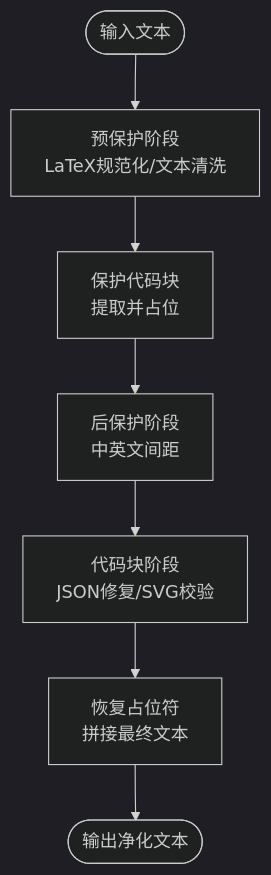
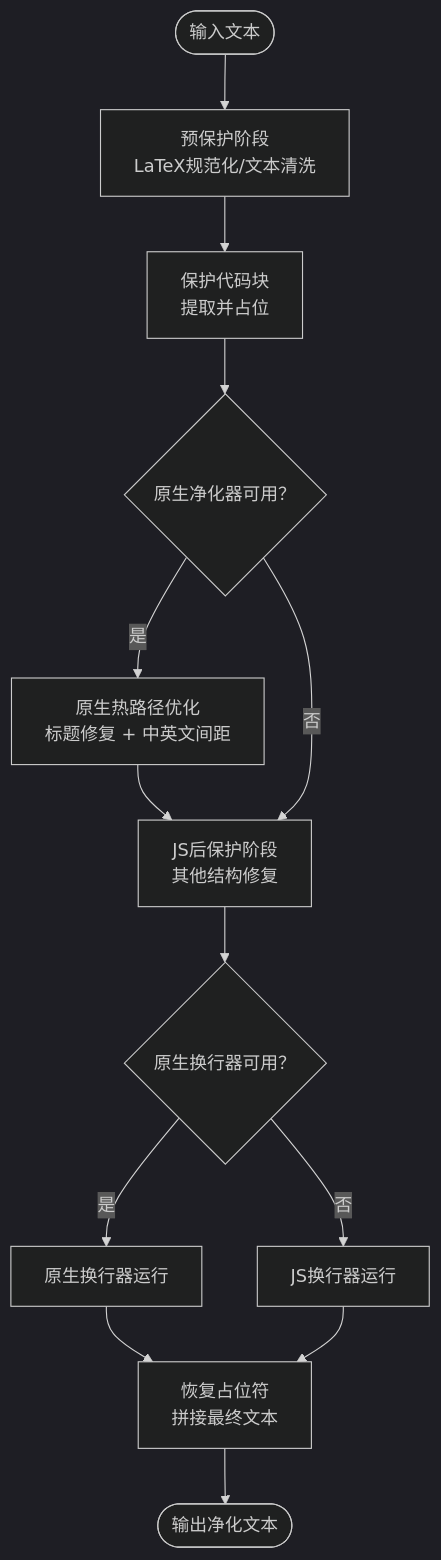
The seventh of 11 diagrams in .qoder/repowiki/zh/content/工具库和实用程序/工具库和实用程序.md (NarcisWL/Nexara), drawn with Mermaid (dark theme) before and after one commit. The commit also changed other lines of this file and 5 other files, not shown here.

````diff
--- a/.qoder/repowiki/zh/content/工具库和实用程序/工具库和实用程序.md
+++ b/.qoder/repowiki/zh/content/工具库和实用程序/工具库和实用程序.md
@@ -303,9 +386,15 @@
 ```mermaid
 flowchart TD
 In(["输入文本"]) --> Pre["预保护阶段<br/>LaTeX规范化/文本清洗"]
 Pre --> Protect["保护代码块<br/>提取并占位"]
-Protect --> Post1["后保护阶段<br/>中英文间距"]
-Post1 --> Code["代码块阶段<br/>JSON修复/SVG校验"]
-Code --> Restore["恢复占位符<br/>拼接最终文本"]
+Protect --> NativeCheck{"原生净化器可用？"}
+NativeCheck --> |是| NativeHot["原生热路径优化<br/>标题修复 + 中英文间距"]
+NativeHot --> PostProtect["JS后保护阶段<br/>其他结构修复"]
+PostProtect --> NativeLB{"原生换行器可用？"}
+NativeCheck --> |否| PostProtect
+NativeLB --> |是| NativeLBRun["原生换行器运行"]
+NativeLB --> |否| PostRestore["JS换行器运行"]
+NativeLBRun --> Restore["恢复占位符<br/>拼接最终文本"]
+PostRestore --> Restore
 Restore --> Out(["输出净化文本"])
 ```
````
